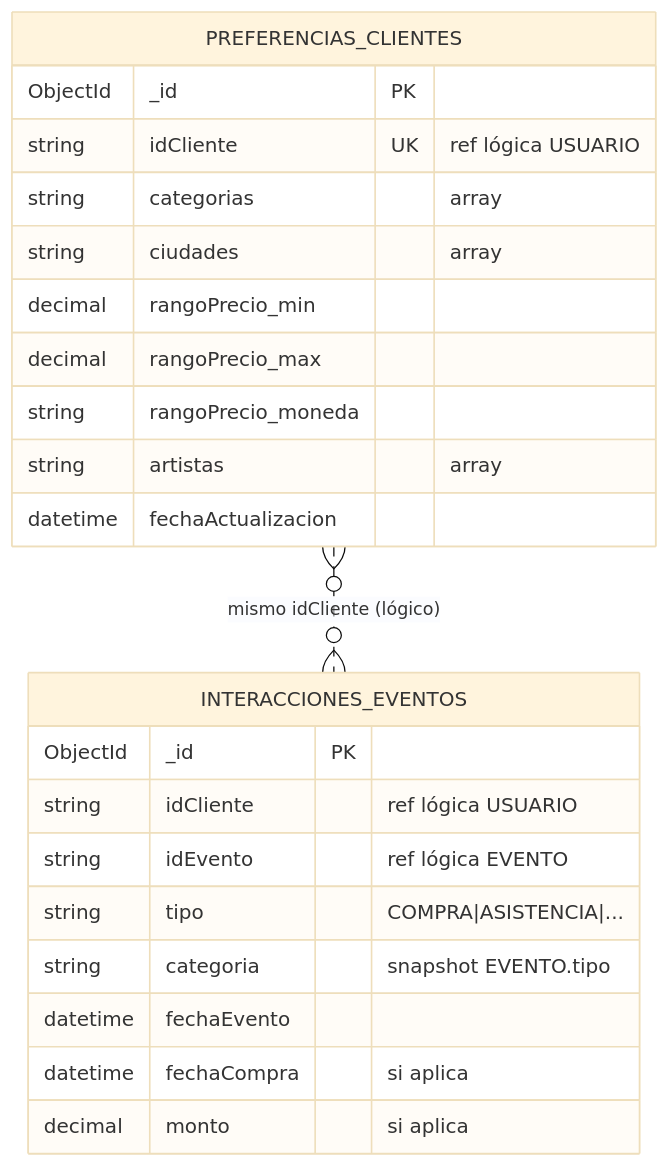
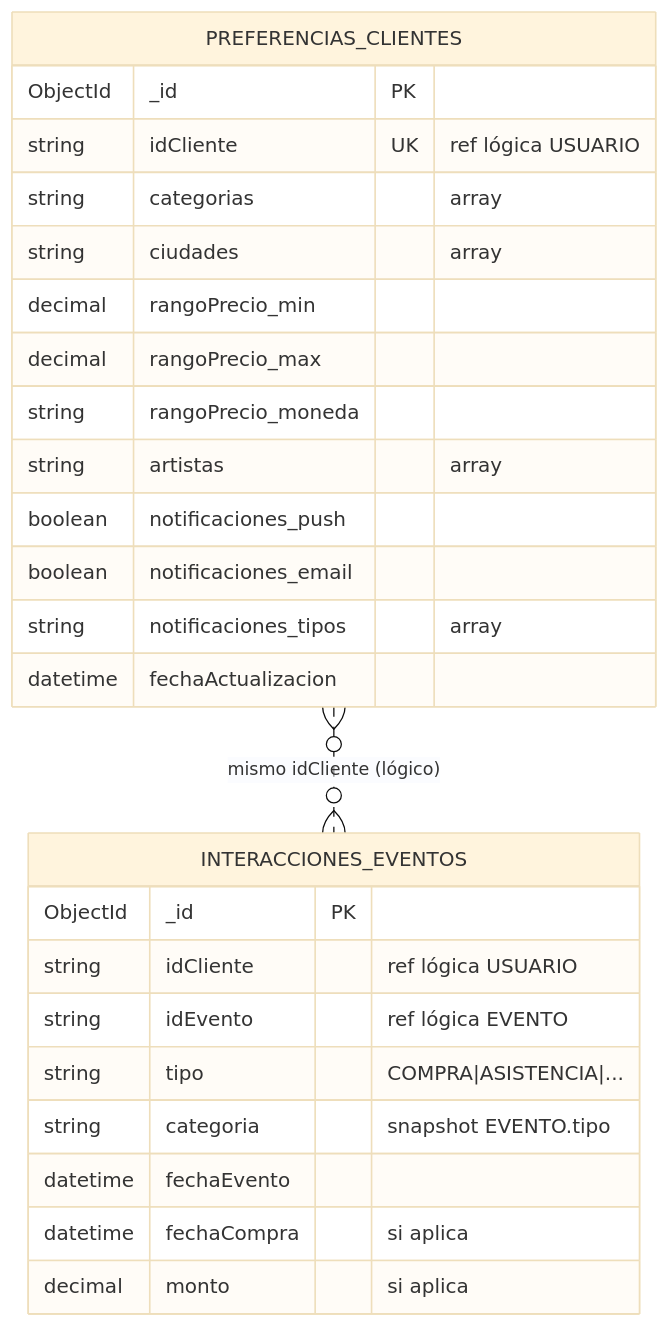
The diagram in Backend/specs/diagramas/modelo-mongodb.md (florAlar/ticketYa), drawn with Mermaid (base theme) before and after one commit. The commit also changed other lines of this file and 76 other files, not shown here.

````diff
--- a/Backend/specs/diagramas/modelo-mongodb.md
+++ b/Backend/specs/diagramas/modelo-mongodb.md
@@ -6,28 +6,31 @@
 ```mermaid
 erDiagram
 direction TB
     PREFERENCIAS_CLIENTES {
         ObjectId _id PK
         string idCliente UK "ref lógica USUARIO"
         string categorias "array"
         string ciudades "array"
         decimal rangoPrecio_min
         decimal rangoPrecio_max
         string rangoPrecio_moneda
         string artistas "array"
+        boolean notificaciones_push
+        boolean notificaciones_email
+        string notificaciones_tipos "array"
         datetime fechaActualizacion
     }
 
     INTERACCIONES_EVENTOS {
         ObjectId _id PK
         string idCliente "ref lógica USUARIO"
         string idEvento "ref lógica EVENTO"
         string tipo "COMPRA|ASISTENCIA|..."
         string categoria "snapshot EVENTO.tipo"
         datetime fechaEvento
         datetime fechaCompra "si aplica"
         decimal monto "si aplica"
     }
 
     PREFERENCIAS_CLIENTES }o..o{ INTERACCIONES_EVENTOS : "mismo idCliente (lógico)"
 ```
````
